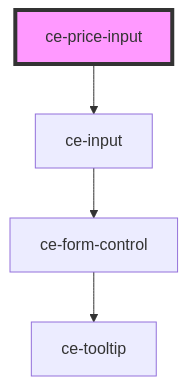
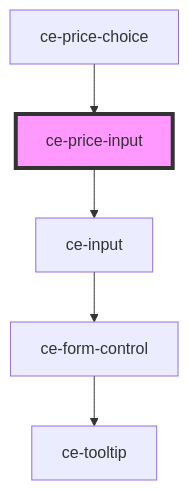
Before and after one commit to surecart/surecart-wp-plugin: the diagram in packages/components/src/components/ui/price-input/readme.md, drawn with Mermaid. The commit also changed other lines of this file and 60 other files, not shown here.

````diff
--- a/packages/components/src/components/ui/price-input/readme.md
+++ b/packages/components/src/components/ui/price-input/readme.md
@@ -102,7 +106,8 @@
 ```mermaid
 graph TD;
   ce-price-input --> ce-input
   ce-input --> ce-form-control
   ce-form-control --> ce-tooltip
+  ce-price-choice --> ce-price-input
   style ce-price-input fill:#f9f,stroke:#333,stroke-width:4px
 ```
````
